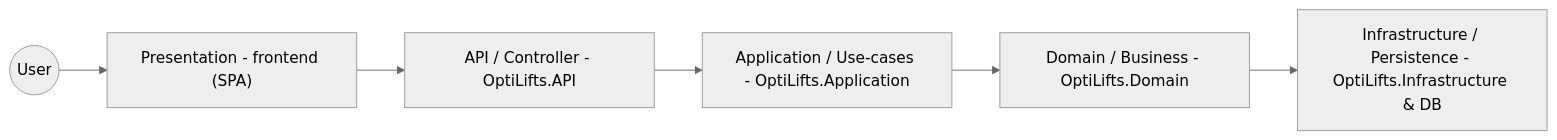
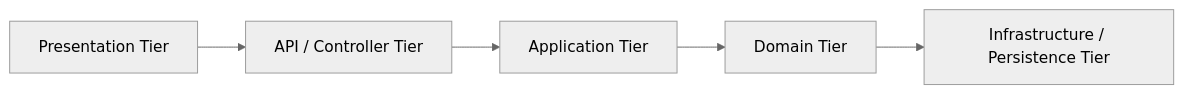
Before and after one commit to COS301-SE-2026/OptiLifts: the diagram in docs/SAS.md, drawn with Mermaid (neutral theme). The commit also changed other lines of this file and 2 other files, not shown here.

Commit message:
Docs: User stories, use cases, and architecture diagram updates

````diff
--- a/docs/SAS.md
+++ b/docs/SAS.md
@@ -72,15 +85,13 @@
 ```mermaid
 flowchart LR
-	User((User))
-	Frontend["Presentation - frontend (SPA)"]
-	API["API / Controller - OptiLifts.API"]
-	Application["Application / Use-cases - OptiLifts.Application"]
-	Domain["Domain / Business - OptiLifts.Domain"]
-	Infra["Infrastructure / Persistence - OptiLifts.Infrastructure & DB"]
+    Tier1["Presentation Tier"]
+    Tier2["API / Controller Tier"]
+    Tier3["Application Tier"]
+    Tier4["Domain Tier"]
+    Tier5["Infrastructure / Persistence Tier"]
 
-	User --> Frontend
-	Frontend --> API
-	API --> Application
-	Application --> Domain
-	Domain --> Infra
+    Tier1 --> Tier2
+    Tier2 --> Tier3
+    Tier3 --> Tier4
+    Tier4 --> Tier5
 ```
````
